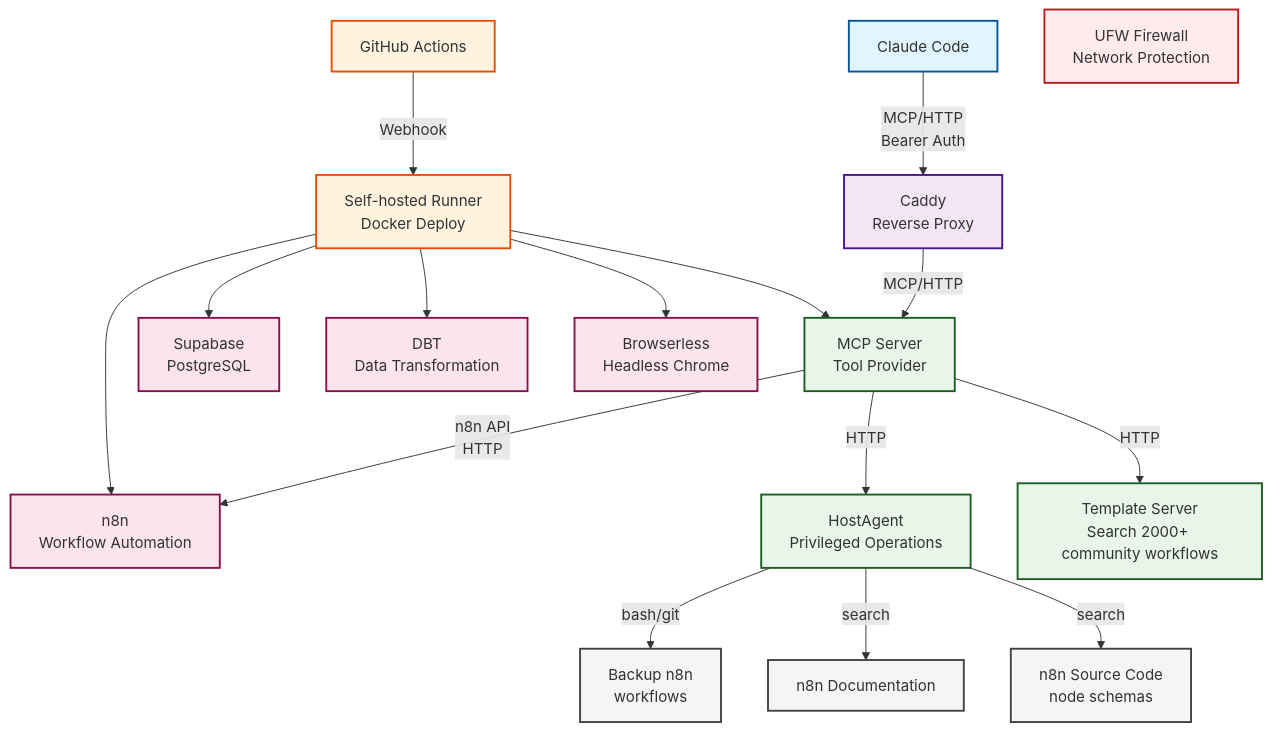
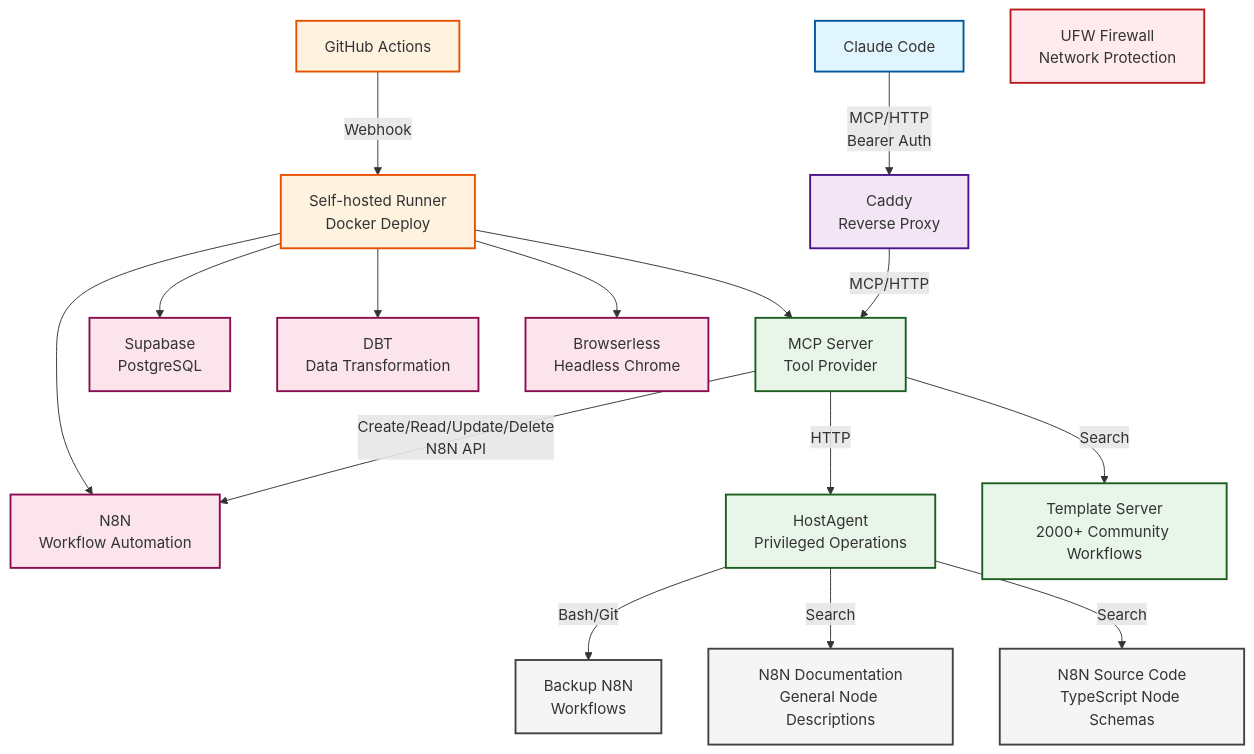
One commit to alderaan/vps changed the diagram in README.md. Above: the diagram before and after it, drawn with Mermaid.

Commit message:
further cleanup in diagram

````diff
--- a/README.md
+++ b/README.md
@@ -24,46 +24,46 @@
 ```mermaid
 graph TB
     %% Client Layer
     Client[Claude Code] -->|MCP/HTTP<br/>Bearer Auth| Caddy[Caddy<br/>Reverse Proxy]
     
     %% Web Layer
     Caddy -->|MCP/HTTP| AIDev[MCP Server<br/>Tool Provider]
     
     %% Application Layer
-    AIDev -->|n8n API<br/>HTTP| N8N[n8n<br/>Workflow Automation]
+    AIDev -->|Create/Read/Update/Delete<br/>N8N API| N8N[N8N<br/>Workflow Automation]
     AIDev -->|HTTP| HostAgent[HostAgent<br/>Privileged Operations]
-    AIDev -->|HTTP| Workflows[Template Server<br/>Search 2000+ community workflows]
+    AIDev -->|Search| Workflows[Template Server<br/>2000+ Community Workflows]
     
     %% Host Services
-    HostAgent -->|bash/git| BackupN8N[Backup n8n<br/>workflows]
-    HostAgent -->|search| SearchN8N[n8n Documentation]
-    HostAgent -->|search| TypeScriptN8N[n8n Source Code<br/>node schemas]
+    HostAgent -->|Bash/Git| BackupN8N[Backup N8N<br/>Workflows]
+    HostAgent -->|Search| SearchN8N[N8N Documentation<br/>General Node Descriptions]
+    HostAgent -->|Search| TypeScriptN8N[N8N Source Code<br/>TypeScript Node Schemas]
     
     %% Automation Layer
     GitHub[GitHub Actions] -->|Webhook| Runner[Self-hosted Runner<br/>Docker Deploy]
     Runner --> AIDev
     Runner --> N8N
     Runner --> Supabase[Supabase<br/>PostgreSQL]
     Runner --> DBT[DBT<br/>Data Transformation]
     Runner --> Browserless[Browserless<br/>Headless Chrome]
     
     %% Security Layer (standalone boxes)
     UFW[UFW Firewall<br/>Network Protection]
     
     %% Styling
     classDef client fill:#e1f5fe,stroke:#01579b,stroke-width:2px
     classDef web fill:#f3e5f5,stroke:#4a148c,stroke-width:2px
     classDef app fill:#e8f5e9,stroke:#1b5e20,stroke-width:2px
     classDef host fill:#f5f5f5,stroke:#424242,stroke-width:2px
     classDef infra fill:#fff3e0,stroke:#e65100,stroke-width:2px
     classDef container fill:#fce4ec,stroke:#880e4f,stroke-width:2px
     classDef security fill:#ffebee,stroke:#b71c1c,stroke-width:2px
     
     class Client client
     class Caddy web
     class AIDev,HostAgent,Workflows app
     class N8N,Supabase,DBT,Browserless container
     class BackupN8N,SearchN8N,TypeScriptN8N host
     class GitHub,Runner infra
     class UFW security
 ```
````
